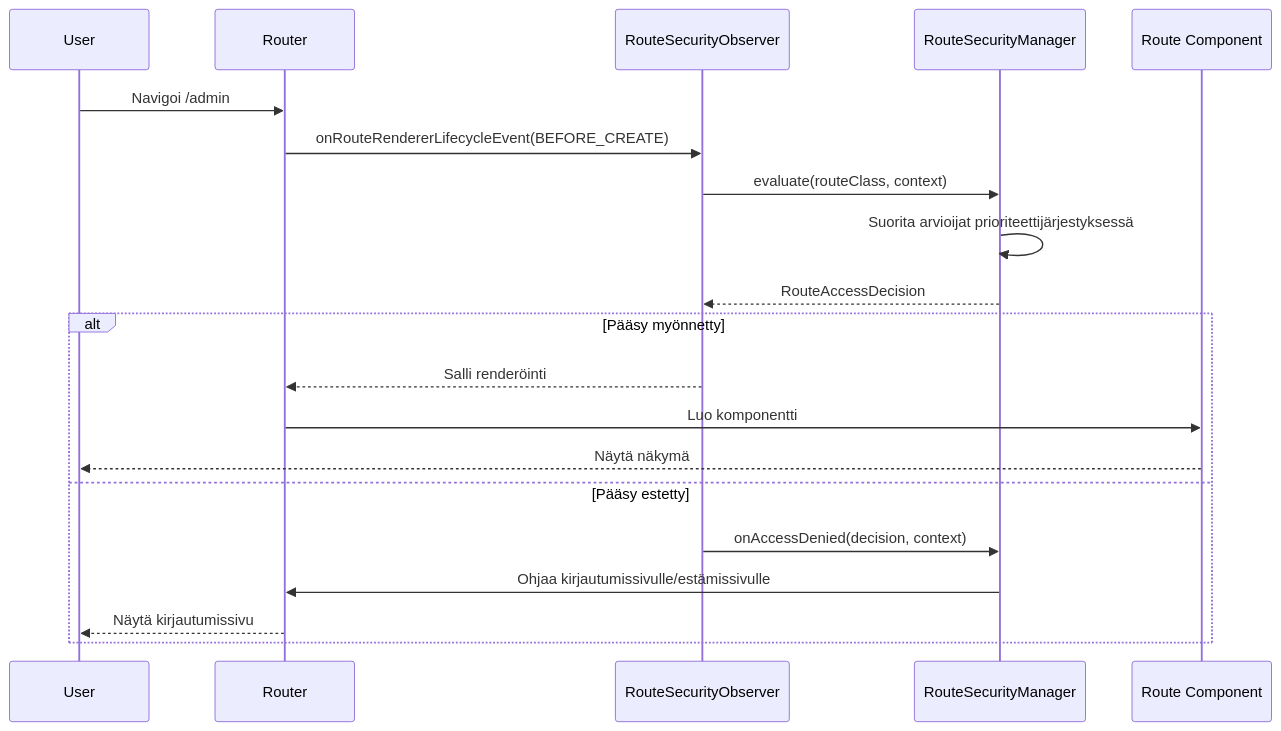
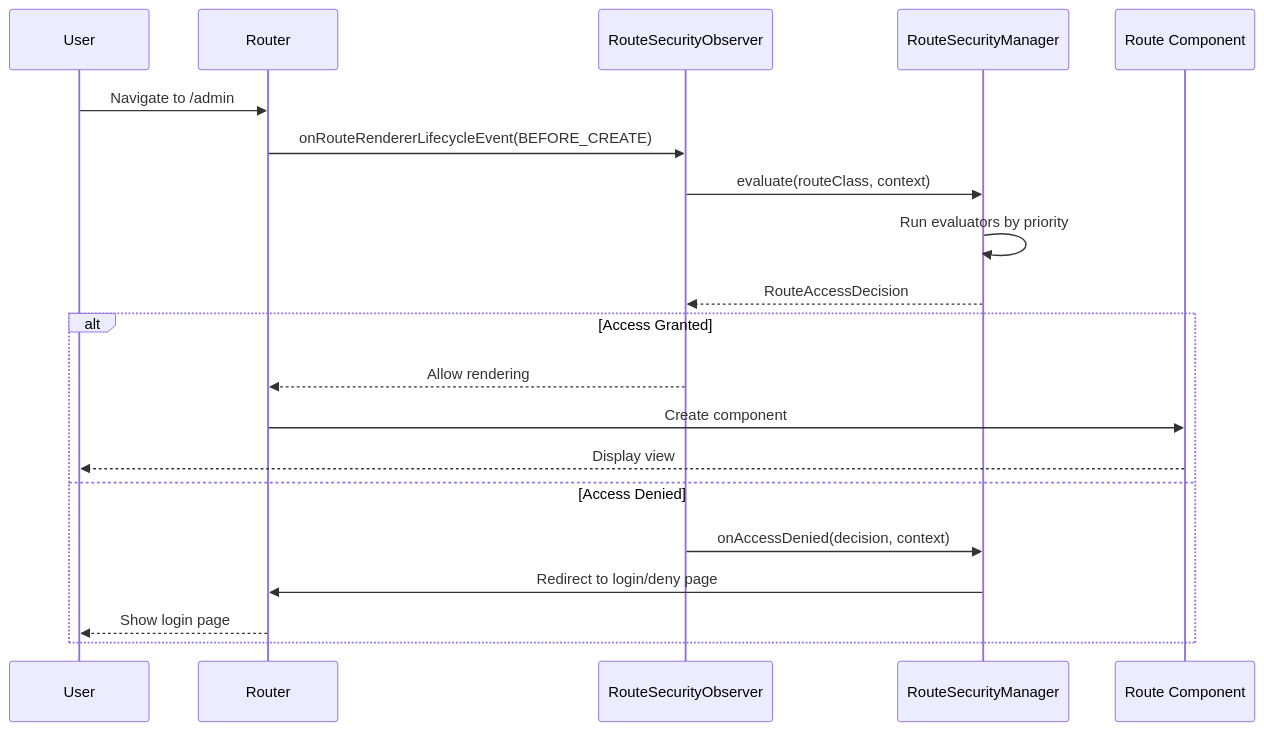
Before and after one commit to webforj/webforj-documentation: the diagram in docs/i18n/fi/docusaurus-plugin-content-docs/current/security/architecture/navigation-flow.md, drawn with Mermaid. The commit also changed other lines of this file and 389 other files, not shown here.

````diff
--- a/docs/i18n/fi/docusaurus-plugin-content-docs/current/security/architecture/navigation-flow.md
+++ b/docs/i18n/fi/docusaurus-plugin-content-docs/current/security/architecture/navigation-flow.md
@@ -33,24 +33,24 @@
 ```mermaid
 sequenceDiagram
-    participant User
-    participant Router
-    participant Observer as RouteSecurityObserver
-    participant Manager as RouteSecurityManager
-    participant Component as Route Component
+  participant User
+  participant Router
+  participant Observer as RouteSecurityObserver
+  participant Manager as RouteSecurityManager
+  participant Component as Route Component
 
-    User->>Router: Navigoi /admin
-    Router->>Observer: onRouteRendererLifecycleEvent(BEFORE_CREATE)
-    Observer->>Manager: evaluate(routeClass, context)
-    Manager->>Manager: Suorita arvioijat prioriteettijärjestyksessä
-    Manager-->>Observer: RouteAccessDecision
+  User->>Router: Navigate to /admin
+  Router->>Observer: onRouteRendererLifecycleEvent(BEFORE_CREATE)
+  Observer->>Manager: evaluate(routeClass, context)
+  Manager->>Manager: Run evaluators by priority
+  Manager-->>Observer: RouteAccessDecision
 
-    alt Pääsy myönnetty
-        Observer-->>Router: Salli renderöinti
-        Router->>Component: Luo komponentti
-        Component-->>User: Näytä näkymä
-    else Pääsy estetty
-        Observer->>Manager: onAccessDenied(decision, context)
-        Manager->>Router: Ohjaa kirjautumissivulle/estämissivulle
-        Router-->>User: Näytä kirjautumissivu
-    end
+  alt Access Granted
+    Observer-->>Router: Allow rendering
+    Router->>Component: Create component
+    Component-->>User: Display view
+  else Access Denied
+    Observer->>Manager: onAccessDenied(decision, context)
+    Manager->>Router: Redirect to login/deny page
+    Router-->>User: Show login page
+  end
 ```
````
